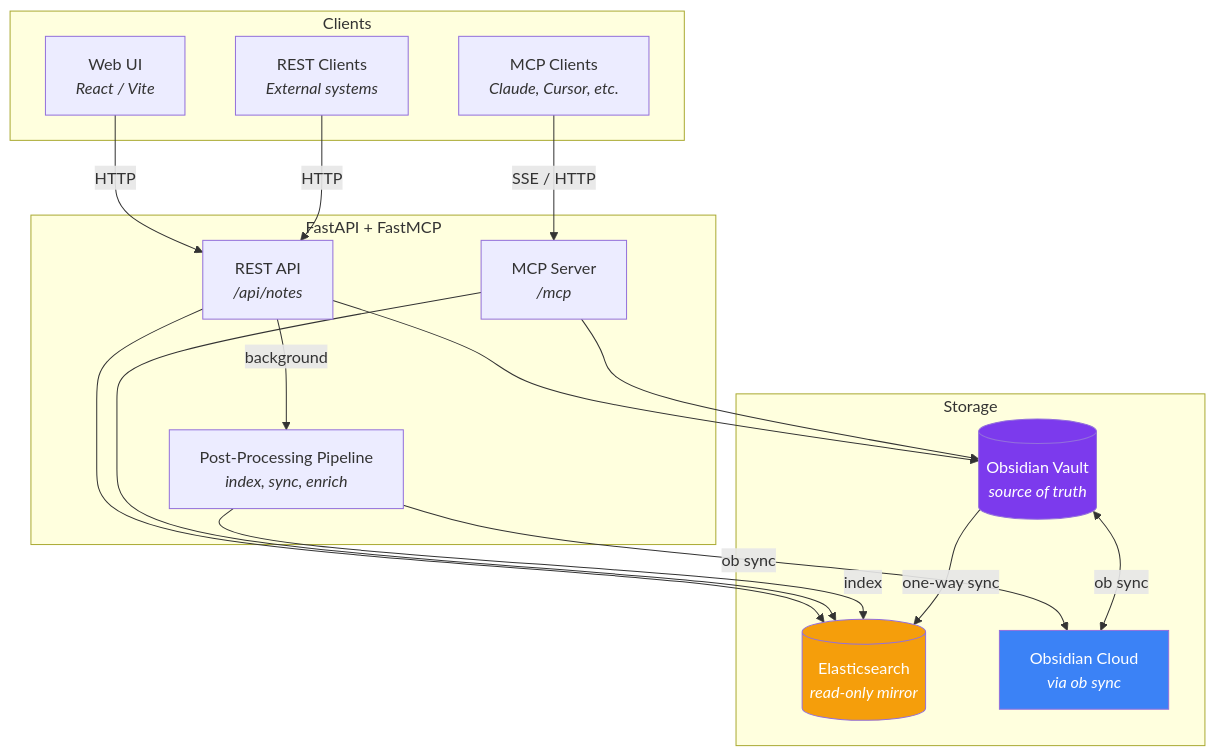
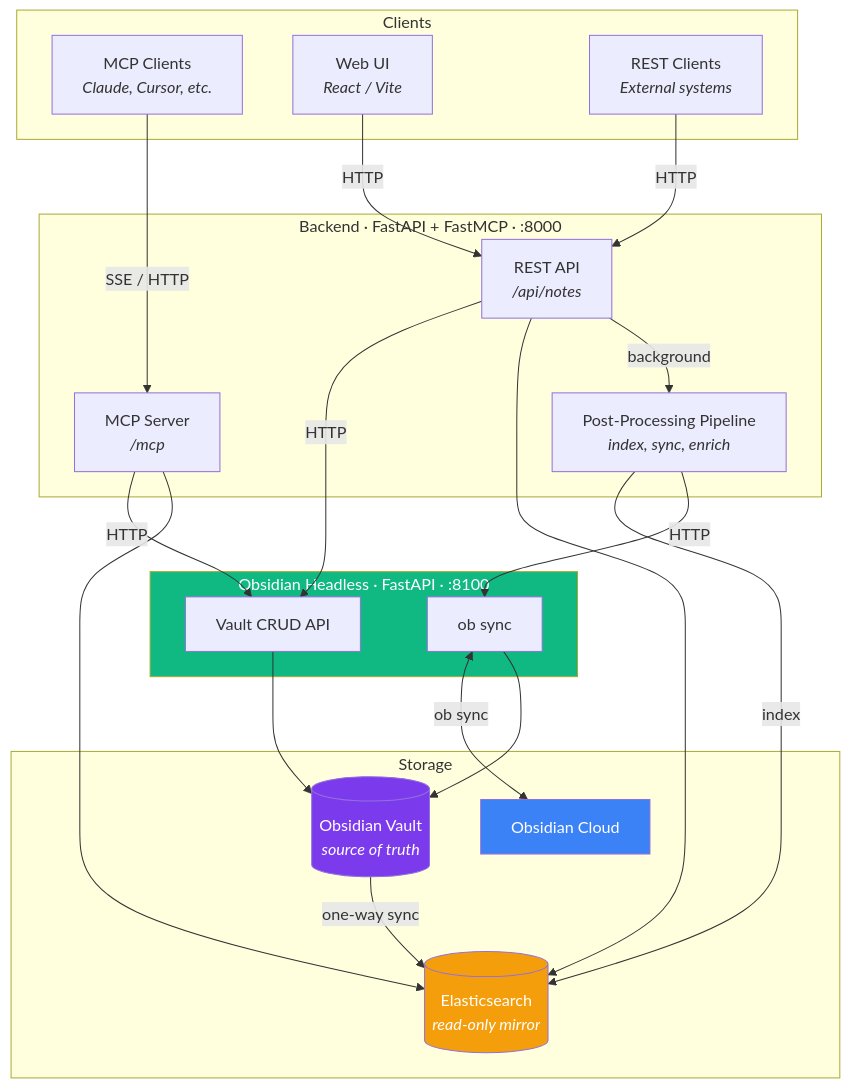
Before and after one commit to derickson/obsidian-knowledge: the diagram in README.md, drawn with Mermaid. The commit also changed other lines of this file and 33 other files, not shown here.

First line of the commit message:
Add obsidian-headless service, configurable URL prefix, and APM instrumentation

````diff
--- a/README.md
+++ b/README.md
@@ -7,40 +7,49 @@
 ```mermaid
 graph TD
     subgraph Clients
         MCP[MCP Clients<br><i>Claude, Cursor, etc.</i>]
         UI[Web UI<br><i>React / Vite</i>]
         REST[REST Clients<br><i>External systems</i>]
     end
 
-    subgraph Backend["FastAPI + FastMCP"]
+    subgraph Backend["Backend · FastAPI + FastMCP · :8000"]
         API[REST API<br><i>/api/notes</i>]
         MCPS[MCP Server<br><i>/mcp</i>]
         Pipeline[Post-Processing Pipeline<br><i>index, sync, enrich</i>]
     end
 
+    subgraph Headless["Obsidian Headless · FastAPI · :8100"]
+        VaultAPI[Vault CRUD API]
+        Sync[ob sync]
+    end
+
     subgraph Storage
         Vault[(Obsidian Vault<br><i>source of truth</i>)]
         ES[(Elasticsearch<br><i>read-only mirror</i>)]
-        Cloud[Obsidian Cloud<br><i>via ob sync</i>]
+        Cloud[Obsidian Cloud]
     end
 
     MCP -->|SSE / HTTP| MCPS
     UI -->|HTTP| API
     REST -->|HTTP| API
 
-    API --> Vault
-    MCPS --> Vault
+    API -->|HTTP| VaultAPI
+    MCPS -->|HTTP| VaultAPI
     API --> ES
     MCPS --> ES
 
     API -->|background| Pipeline
     Pipeline -->|index| ES
-    Pipeline -->|ob sync| Cloud
+    Pipeline -->|HTTP| Sync
+
+    VaultAPI --> Vault
+    Sync <-->|ob sync| Cloud
+    Sync --> Vault
 
     Vault -->|one-way sync| ES
-    Vault <-->|ob sync| Cloud
 
     style Vault fill:#7c3aed,color:#fff
     style ES fill:#f59e0b,color:#fff
     style Cloud fill:#3b82f6,color:#fff
+    style Headless fill:#10b981,color:#fff
 ```
````
